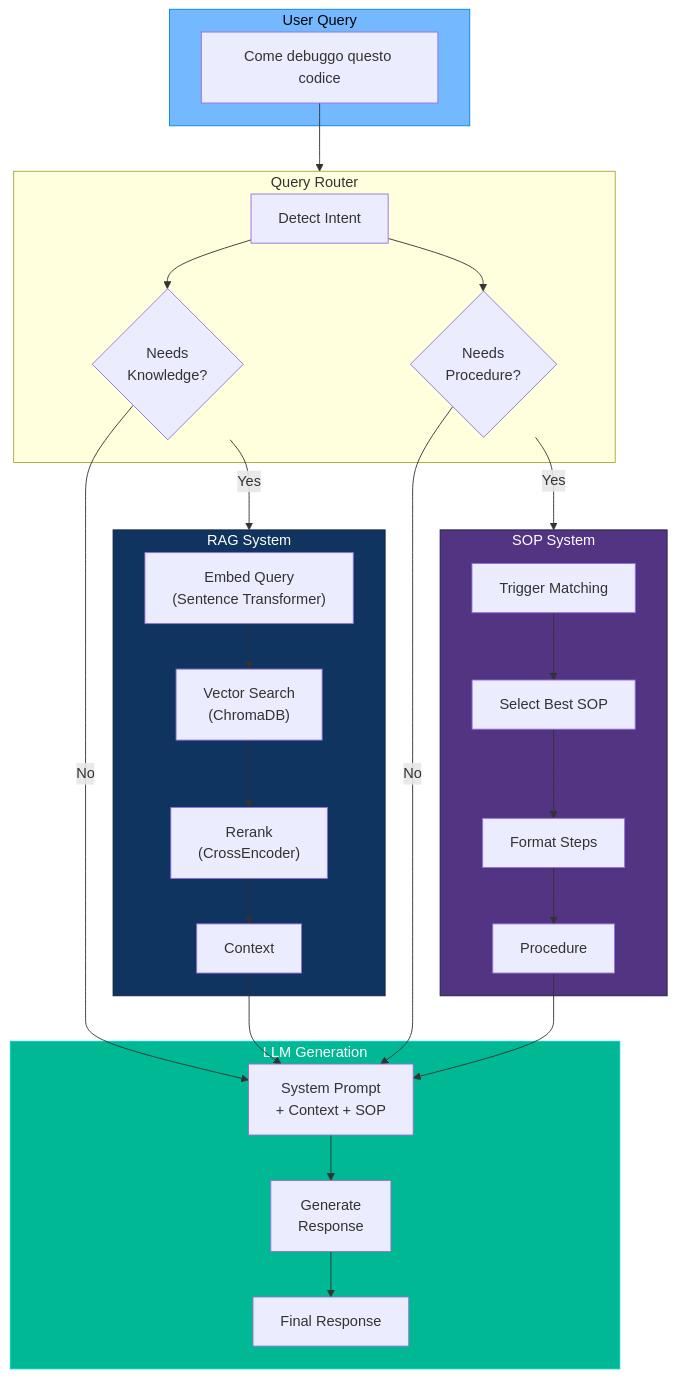
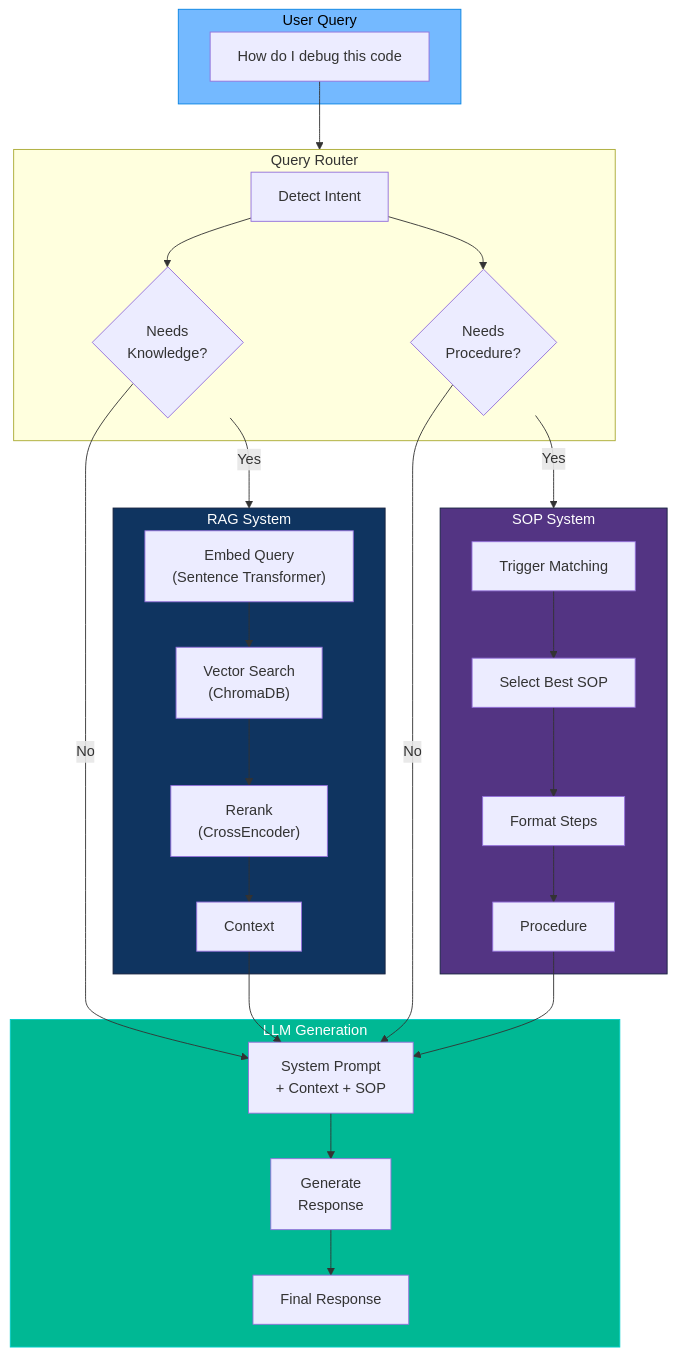
The fourth of 13 diagrams in DIAGRAMS.md (SandroHub013/ALCHEMY), drawn with Mermaid before and after one commit. The commit also changed other lines of this file and 12 other files, not shown here.

````diff
--- a/DIAGRAMS.md
+++ b/DIAGRAMS.md
@@ -174,53 +174,53 @@
 ```mermaid
 flowchart TB
     subgraph USER["User Query"]
-        Q["Come debuggo questo codice"]
+        Q["How do I debug this code"]
     end
 
     subgraph ROUTER["Query Router"]
         DETECT["Detect Intent"]
         DETECT --> IS_RAG{"Needs<br/>Knowledge?"}
         DETECT --> IS_SOP{"Needs<br/>Procedure?"}
     end
 
     subgraph RAG_SYSTEM["RAG System"]
         EMBED["Embed Query<br/>(Sentence Transformer)"]
         SEARCH["Vector Search<br/>(ChromaDB)"]
         RERANK["Rerank<br/>(CrossEncoder)"]
         CTX["Context"]
         
         EMBED --> SEARCH --> RERANK --> CTX
     end
 
     subgraph SOP_SYSTEM["SOP System"]
         MATCH["Trigger Matching"]
         SELECT["Select Best SOP"]
         FORMAT["Format Steps"]
         PROC["Procedure"]
         
         MATCH --> SELECT --> FORMAT --> PROC
     end
 
     subgraph LLM["LLM Generation"]
         SYSTEM["System Prompt<br/>+ Context + SOP"]
         GENERATE["Generate<br/>Response"]
         RESPONSE["Final Response"]
         
         SYSTEM --> GENERATE --> RESPONSE
     end
 
     Q --> ROUTER
     IS_RAG -->|Yes| RAG_SYSTEM
     IS_SOP -->|Yes| SOP_SYSTEM
     
     CTX --> SYSTEM
     PROC --> SYSTEM
     
     IS_RAG -->|No| SYSTEM
     IS_SOP -->|No| SYSTEM
 
     style USER fill:#74b9ff,stroke:#0984e3,color:#000
     style RAG_SYSTEM fill:#0f3460,stroke:#16213e,color:#fff
     style SOP_SYSTEM fill:#533483,stroke:#16213e,color:#fff
     style LLM fill:#00b894,stroke:#00cec9,color:#fff
 ```
````
